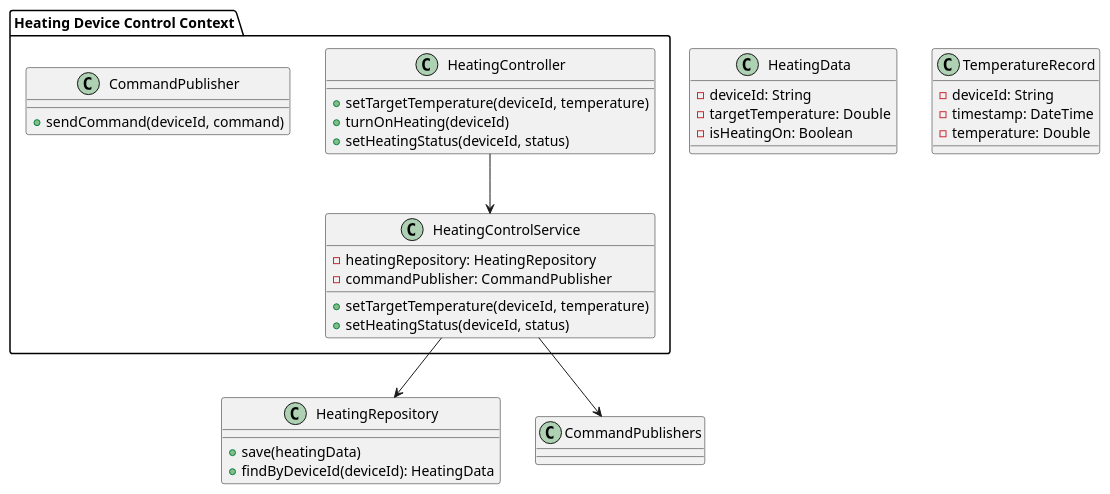
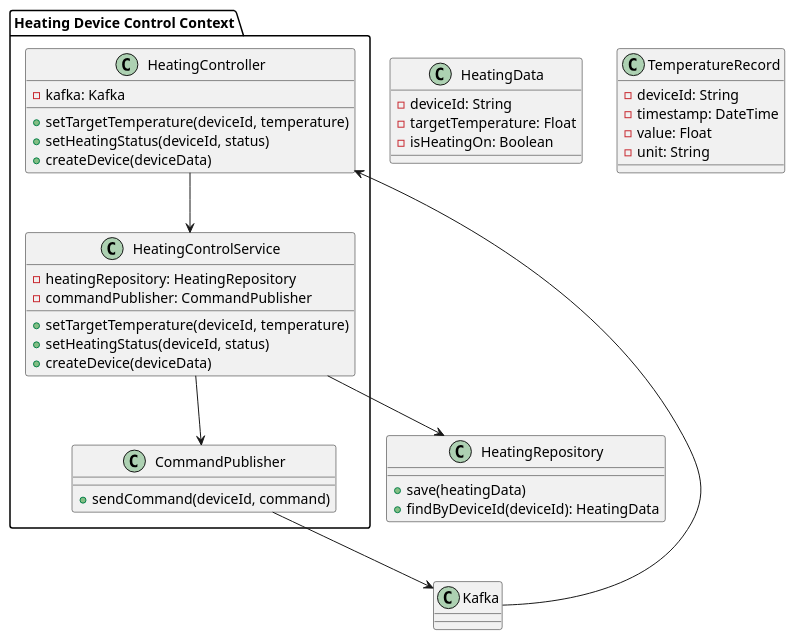
The tenth of 10 diagrams in docs/diagrams/src/task_2.puml (Veles-Pan/practicum-architecture-sprint-3), drawn with PlantUML before and after one commit. The commit also changed other lines of this file and 12 other files, not shown here.

```diff
--- a/docs/diagrams/src/task_2.puml
+++ b/docs/diagrams/src/task_2.puml
@@ -296,44 +341,49 @@
 @startuml heating_service_code
 package "Heating Device Control Context" {
     class HeatingController {
+        - kafka: Kafka
         + setTargetTemperature(deviceId, temperature)
-        + turnOnHeating(deviceId)
         + setHeatingStatus(deviceId, status)
+        + createDevice(deviceData)
     }
     
     class HeatingControlService {
         - heatingRepository: HeatingRepository
         - commandPublisher: CommandPublisher
         + setTargetTemperature(deviceId, temperature)
         + setHeatingStatus(deviceId, status)
+        + createDevice(deviceData)
     }
     
     class CommandPublisher {
         + sendCommand(deviceId, command)
     }
 }
 
 ' Общие классы
 class HeatingRepository {
     + save(heatingData)
     + findByDeviceId(deviceId): HeatingData
 }
 
 class HeatingData {
     - deviceId: String
-    - targetTemperature: Double
+    - targetTemperature: Float
     - isHeatingOn: Boolean
 }
 
 class TemperatureRecord {
     - deviceId: String
     - timestamp: DateTime
-    - temperature: Double
+    - value: Float
+    - unit: String
 }
 
 ' Взаимодействия в контексте Управления устройствами
 HeatingController --> HeatingControlService
 HeatingControlService --> HeatingRepository
-HeatingControlService --> CommandPublishers
+HeatingControlService --> CommandPublisher
+CommandPublisher --> Kafka
+Kafka --> HeatingController
 
 @enduml
```
